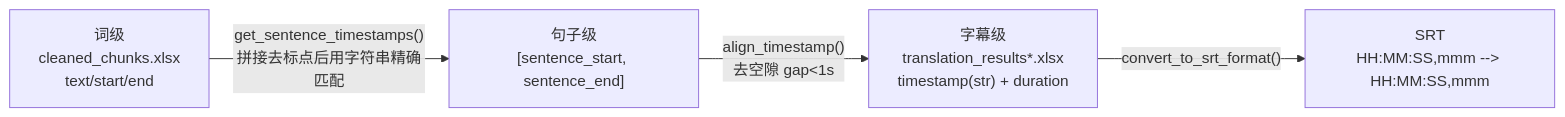
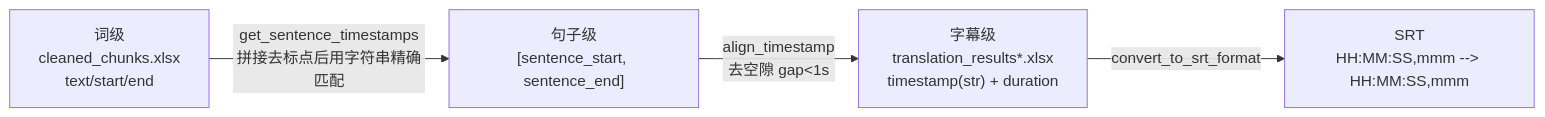
Before and after one commit to Brzjomo/VideoLingoMove: the second of 2 diagrams in devdocs/00-overview/02-数据流与中间产物.md, drawn with Mermaid. The commit also changed other lines of this file and 33 other files, not shown here.

````diff
--- a/devdocs/00-overview/02-数据流与中间产物.md
+++ b/devdocs/00-overview/02-数据流与中间产物.md
@@ -154,6 +154,6 @@
 ```mermaid
 flowchart LR
-    W["词级\ncleaned_chunks.xlsx\ntext/start/end"] -->|"get_sentence_timestamps()\n拼接去标点后用字符串精确匹配"| S["句子级\n[sentence_start, sentence_end]"]
-    S -->|"align_timestamp()\n去空隙 gap<1s"| T["字幕级\ntranslation_results*.xlsx\ntimestamp(str) + duration"]
-    T -->|"convert_to_srt_format()"| R["SRT\nHH:MM:SS,mmm --&gt; HH:MM:SS,mmm"]
+ W["词级\ncleaned_chunks.xlsx\ntext/start/end"] -->|"get_sentence_timestamps\n拼接去标点后用字符串精确匹配"| S["句子级\n[sentence_start, sentence_end]"]
+ S -->|"align_timestamp\n去空隙 gap<1s"| T["字幕级\ntranslation_results*.xlsx\ntimestamp(str) + duration"]
+ T -->|"convert_to_srt_format"| R["SRT\nHH:MM:SS,mmm --&gt; HH:MM:SS,mmm"]
 ```
````
